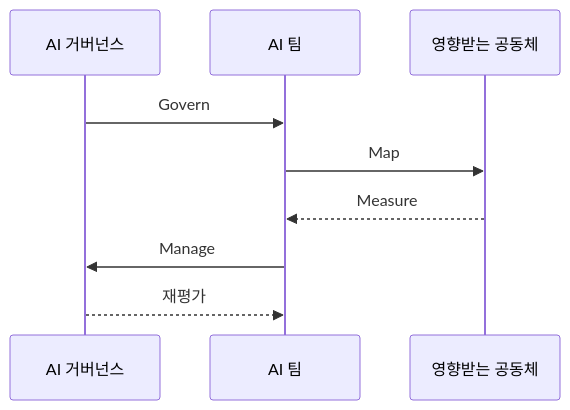
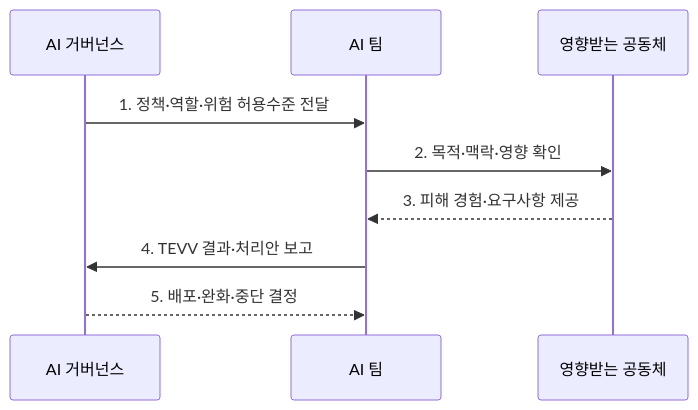
The second of 2 diagrams in src/content/docs/notes/07-law-policy/038_nist_ai_rmf.md (agnusdei1207/knowledge-base), drawn with Mermaid before and after one commit. The commit also changed other lines of this file and 9 other files, not shown here.

````diff
--- a/src/content/docs/notes/07-law-policy/038_nist_ai_rmf.md
+++ b/src/content/docs/notes/07-law-policy/038_nist_ai_rmf.md
@@ -76,11 +76,11 @@
 ```mermaid
 sequenceDiagram
     participant G as AI 거버넌스
     participant T as AI 팀
     participant S as 영향받는 공동체
-    G->>T: Govern
-    T->>S: Map
-    S-->>T: Measure
-    T->>G: Manage
-    G-->>T: 재평가
+    G->>T: 1. 정책·역할·위험 허용수준 전달
+    T->>S: 2. 목적·맥락·영향 확인
+    S-->>T: 3. 피해 경험·요구사항 제공
+    T->>G: 4. TEVV 결과·처리안 보고
+    G-->>T: 5. 배포·완화·중단 결정
 ```
````
